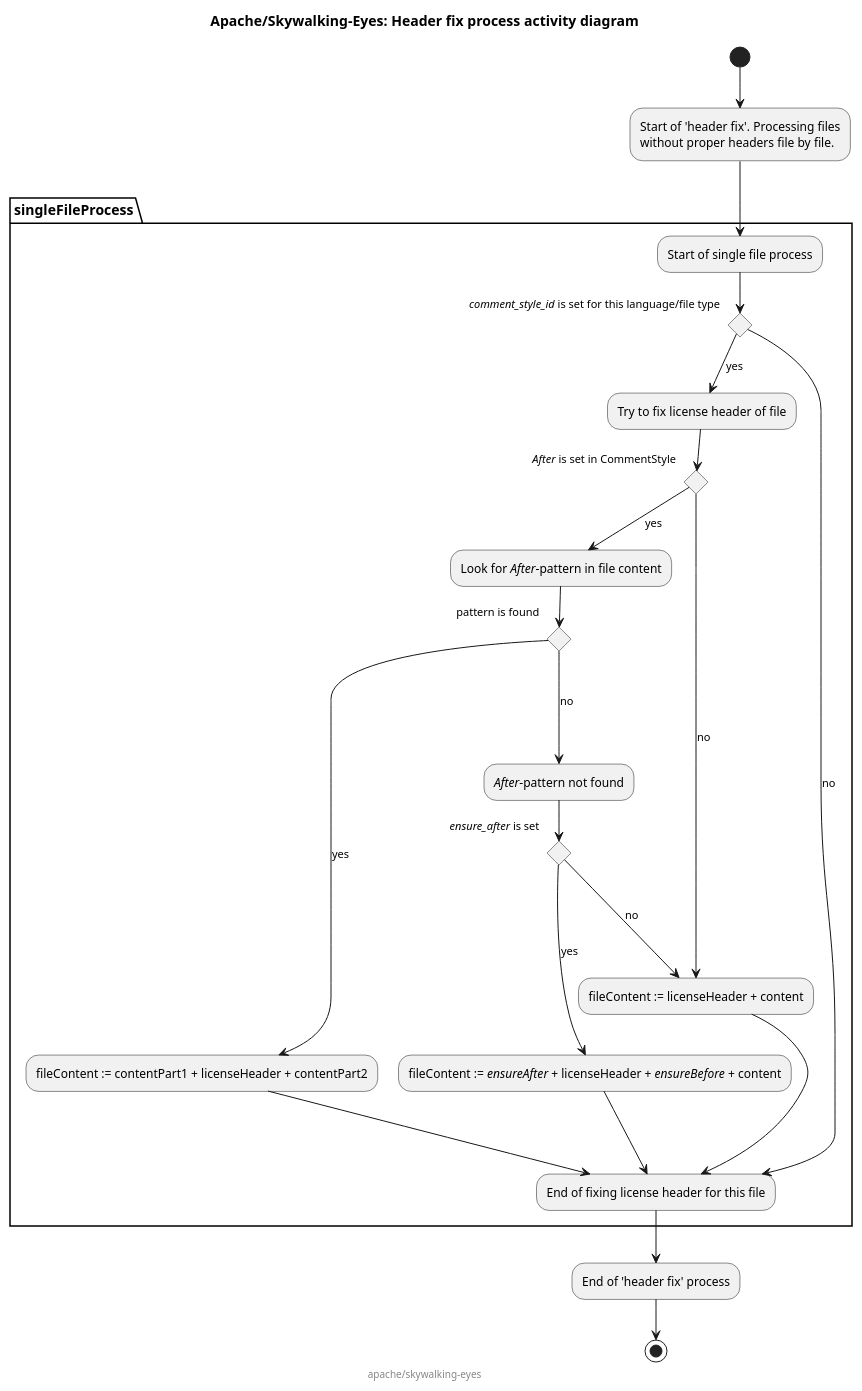
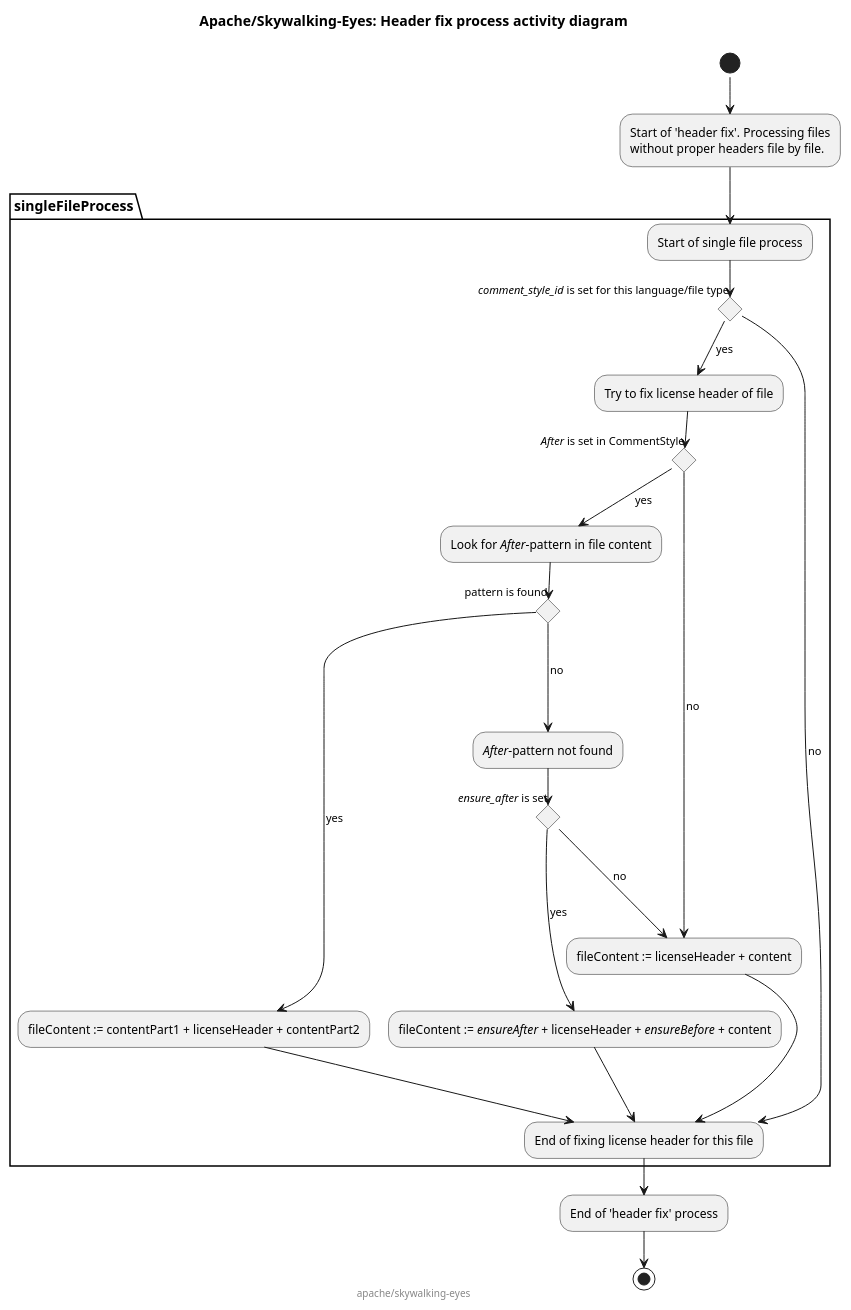
The diagram in docs/header_fix_logic.plantuml (apache/skywalking-eyes), drawn with PlantUML before and after one commit. The commit also changed 3 other files, not shown here.

Commit message:
[docs] add svg plantuml diagram, update anchor in README, ignore license headers for docs/*.svg

```diff
--- a/docs/header_fix_logic.plantuml
+++ b/docs/header_fix_logic.plantuml
@@ -1,60 +1,63 @@
 @startuml
 
 ' Licensed to Apache Software Foundation (ASF) under one or more contributor
 ' license agreements. See the NOTICE file distributed with
 ' this work for additional information regarding copyright
 ' ownership. Apache Software Foundation (ASF) licenses this file to you under
 ' the Apache License, Version 2.0 (the "License"); you may
 ' not use this file except in compliance with the License.
 ' You may obtain a copy of the License at
 '
 '     http://www.apache.org/licenses/LICENSE-2.0
 '
 ' Unless required by applicable law or agreed to in writing,
 ' software distributed under the License is distributed on an
 ' "AS IS" BASIS, WITHOUT WARRANTIES OR CONDITIONS OF ANY
 ' KIND, either express or implied.  See the License for the
 ' specific language governing permissions and limitations
 ' under the License.
+
+' the following line cares about avoiding the need of graphviz dependency by PlantUML (in CI))
+!pragma layout smetana
 
 title "Apache/Skywalking-Eyes: Header fix process activity diagram"
 footer apache/skywalking-eyes
 
 (*) --> "Start of 'header fix'. Processing files\nwithout proper headers file by file." as startNode
 
 partition singleFileProcess {
 startNode --> "Start of single file process" as startFileNode
 
 if "<i>comment_style_id</i> is set for this language/file type" then
     -->[yes] "Try to fix license header of file"
 
     if <i>After</i> is set in CommentStyle then
         -->[yes] Look for <i>After</i>-pattern in file content
 
         if pattern is found then
             ------->[yes] "fileContent := contentPart1 + licenseHeader + contentPart2"
             ---> "End of fixing license header for this file" as endFileProcessingNode
         else
             --->[no] "<i>After</i>-pattern not found"
 
             if "<i>ensure_after</i> is set" then
                 ---->[yes] "fileContent := <i>ensureAfter</i> + licenseHeader + <i>ensureBefore</i> + content"
                 ---> endFileProcessingNode
             else
                 --->[no] "fileContent := licenseHeader + content" as defaultHeaderFix
             endif
 
         endif
     else
         -->[no] defaultHeaderFix
         ---> endFileProcessingNode
     endif
 else
     ---->[no] endFileProcessingNode
 endif
 }
 
 endFileProcessingNode --> "End of 'header fix' process" as endNode
 endNode --> (*)
 
 @enduml
```
